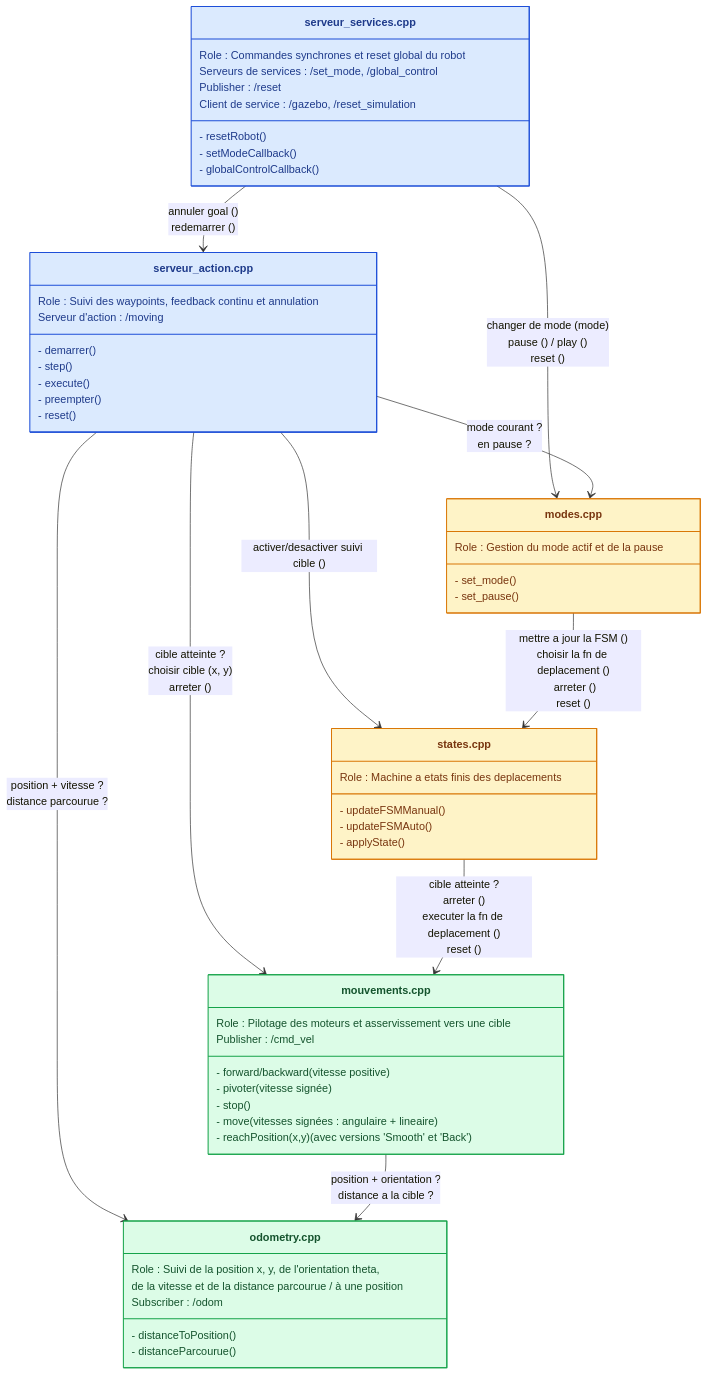
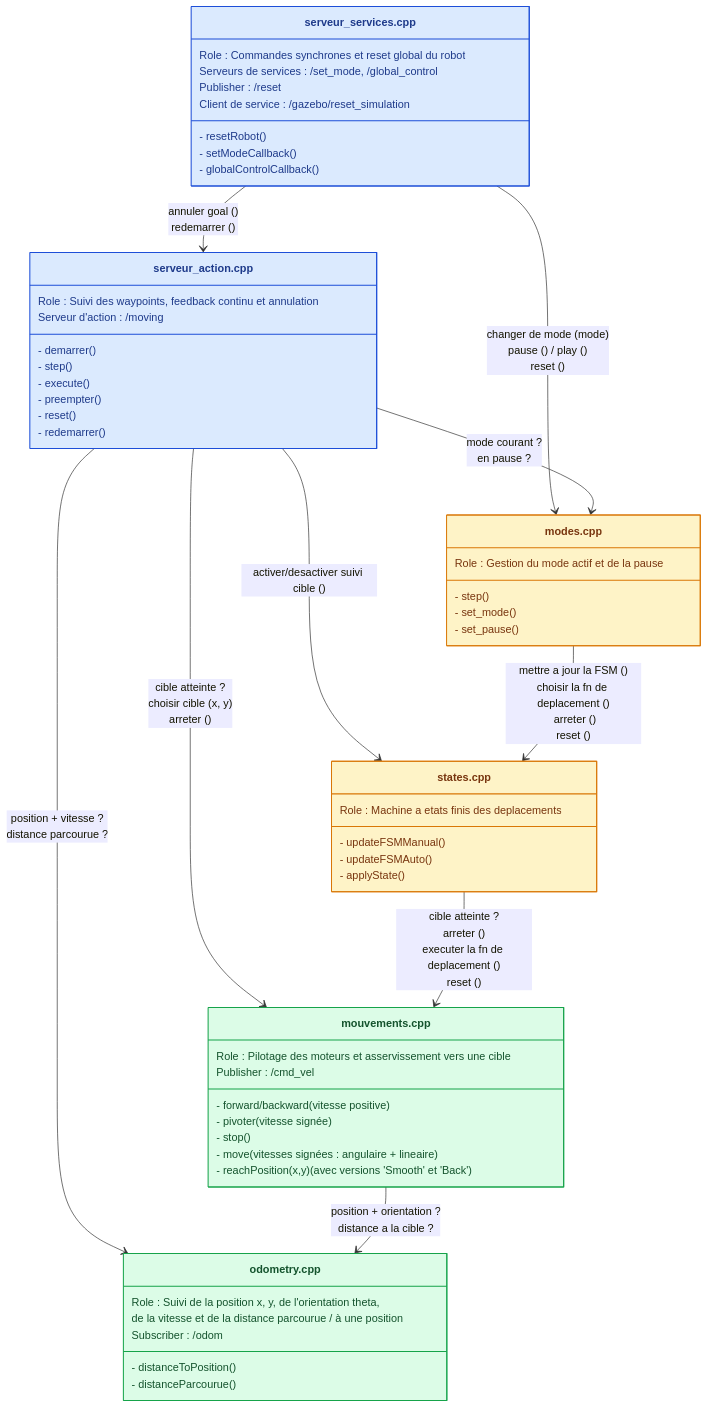
The third of 10 diagrams in robotique_et_navigation/Rapport/Rapport.md (benoitdekeyn/E4SE_TD_TP), drawn with Mermaid before and after one commit. The commit also changed other lines of this file and 1 other file, not shown here.

````diff
--- a/robotique_et_navigation/Rapport/Rapport.md
+++ b/robotique_et_navigation/Rapport/Rapport.md
@@ -201,76 +213,78 @@
 ```mermaid zoom=60
 classDiagram
     direction TB
 
     class ServeurServices["serveur_services.cpp"] {
         Role : Commandes synchrones et reset global du robot
         Serveurs de services : /set_mode, /global_control
         Publisher : /reset
-        Client de service : /gazebo, /reset_simulation
+        Client de service : /gazebo/reset_simulation
         - resetRobot()
         - setModeCallback()
         - globalControlCallback()
     }
 
     class ServeurAction["serveur_action.cpp"] {
         Role : Suivi des waypoints, feedback continu et annulation
         Serveur d'action : /moving
         - demarrer()
         - step()
         - execute()
         - preempter()
         - reset()
+        - redemarrer()
     }
 
     class Modes["modes.cpp"] {
         Role : Gestion du mode actif et de la pause
+        - step()
         - set_mode()
         - set_pause()
     }
 
     class States["states.cpp"] {
         Role : Machine a etats finis des deplacements
         - updateFSMManual()
         - updateFSMAuto()
         - applyState()
     }
 
     class Mouvements["mouvements.cpp"] {
         Role : Pilotage des moteurs et asservissement vers une cible
         Publisher : /cmd_vel
         - forward/backward(vitesse positive)
         - pivoter(vitesse signée)
         - stop()
         - move(vitesses signées : angulaire + lineaire)
         - reachPosition(x,y) (avec versions 'Smooth' et 'Back')
     }
 
     class Odometry["odometry.cpp"] {
         Role : Suivi de la position x, y, de l'orientation theta,
                de la vitesse et de la distance parcourue / à une position
         Subscriber : /odom
         - distanceToPosition()
         - distanceParcourue()
     }
 
     ServeurServices --> Modes : changer de mode (mode)<br/>pause () / play ()<br/>reset ()
     ServeurServices --> ServeurAction : annuler goal ()<br/>redemarrer ()
 
     ServeurAction --> Mouvements : cible atteinte ?<br/>choisir cible (x, y)<br/>arreter ()
     ServeurAction --> States : activer/desactiver suivi cible ()
     ServeurAction --> Modes : mode courant ?<br/>en pause ?
     ServeurAction --> Odometry : position + vitesse ?<br/>distance parcourue ?
 
     Modes --> States : mettre a jour la FSM ()<br/>choisir la fn de deplacement ()<br/> arreter ()<br/>reset ()
 
     States --> Mouvements : cible atteinte ?<br/>arreter ()<br/>executer la fn de deplacement ()<br/>reset ()
 
     Mouvements --> Odometry : position + orientation ?<br/>distance a la cible ?
 
     style ServeurServices fill:#dbeafe,stroke:#1d4ed8,stroke-width:1.5px,color:#1e3a8a
     style ServeurAction fill:#dbeafe,stroke:#1d4ed8,stroke-width:1.5px,color:#1e3a8a
     style Modes fill:#fef3c7,stroke:#d97706,stroke-width:1.5px,color:#78350f
     style States fill:#fef3c7,stroke:#d97706,stroke-width:1.5px,color:#78350f
     style Mouvements fill:#dcfce7,stroke:#16a34a,stroke-width:1.5px,color:#14532d
     style Odometry fill:#dcfce7,stroke:#16a34a,stroke-width:1.5px,color:#14532d
 ```
````
